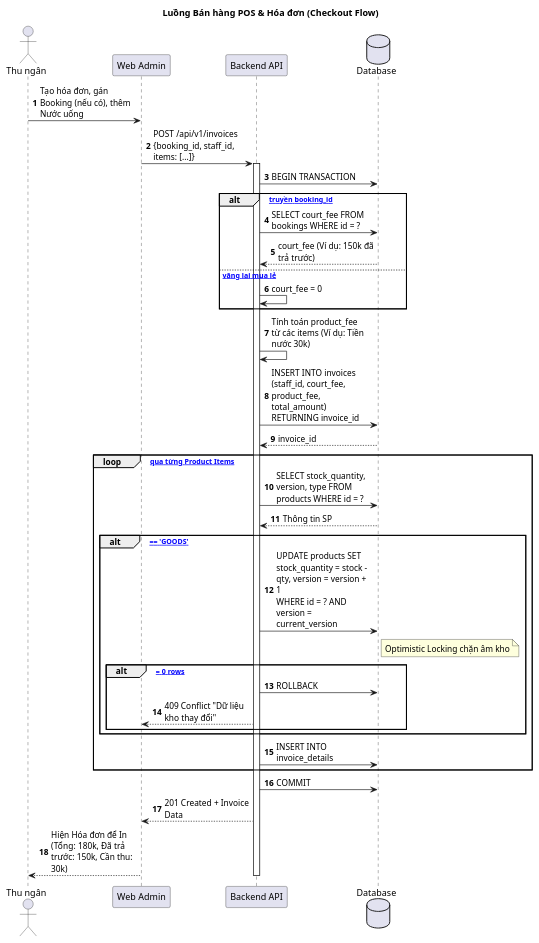
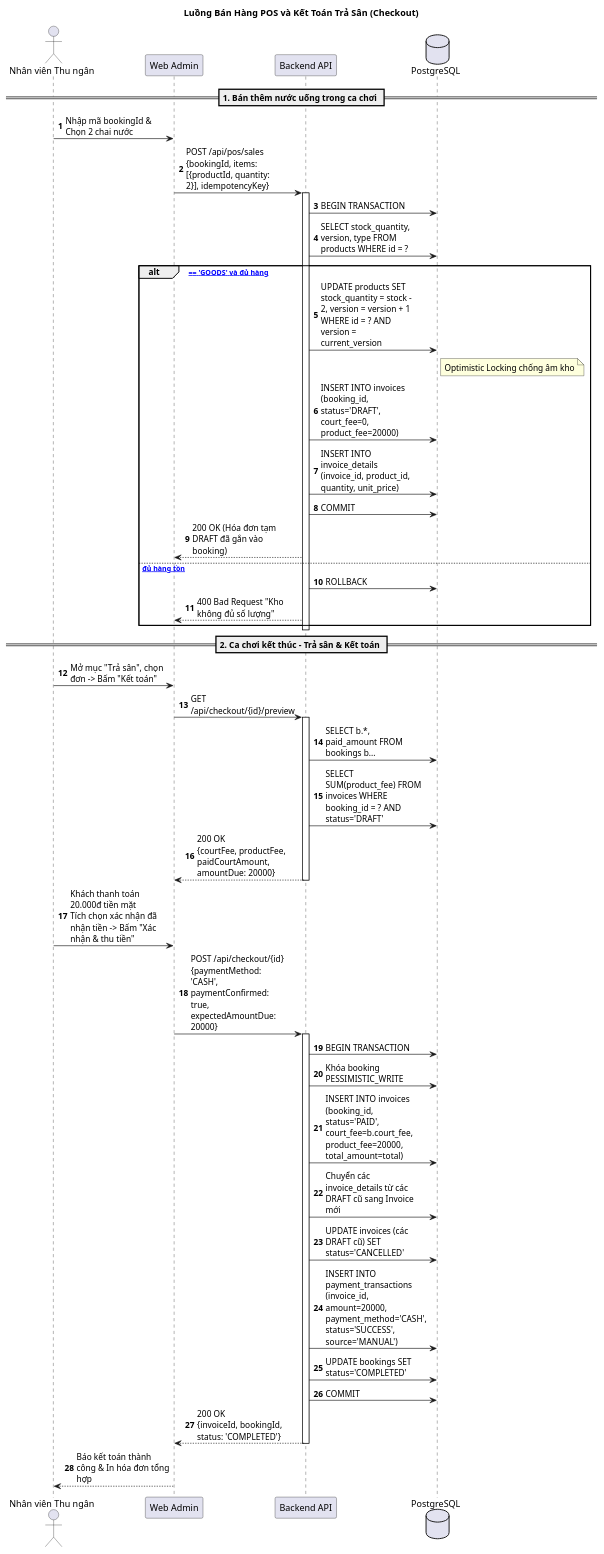
The fourth of 5 diagrams in docs/sequence.md (hung-it/Badminton_Court_Management), drawn with PlantUML before and after one commit. The commit also changed other lines of this file and 62 other files, not shown here.

````diff
--- a/docs/sequence.md
+++ b/docs/sequence.md
@@ -169,50 +178,57 @@
 ```plantuml
 @startuml
-title Luồng Bán hàng POS & Hóa đơn (Checkout Flow)
+title Luồng Bán Hàng POS và Kết Toán Trả Sân (Checkout)
 autonumber
 skinparam maxMessageSize 150
 
-actor "Thu ngân" as Admin
+actor "Nhân viên Thu ngân" as Staff
 participant "Web Admin" as UI
 participant "Backend API" as API
-database "Database" as DB
+database "PostgreSQL" as DB
 
-Admin -> UI : Tạo hóa đơn, gán Booking (nếu có), thêm Nước uống
-UI -> API : POST /api/v1/invoices\n{booking_id, staff_id, items: [...]}
+== 1. Bán thêm nước uống trong ca chơi ==
+Staff -> UI : Nhập mã bookingId & Chọn 2 chai nước
+UI -> API : POST /api/pos/sales\n{bookingId, items: [{productId, quantity: 2}], idempotencyKey}
+activate API
+API -> DB : BEGIN TRANSACTION
+API -> DB : SELECT stock_quantity, version, type FROM products WHERE id = ?
+alt [type == 'GOODS' và đủ hàng]
+    API -> DB : UPDATE products SET stock_quantity = stock - 2, version = version + 1 \nWHERE id = ? AND version = current_version
+    note right of DB: Optimistic Locking chống âm kho
+    API -> DB : INSERT INTO invoices (booking_id, status='DRAFT', court_fee=0, product_fee=20000)
+    API -> DB : INSERT INTO invoice_details (invoice_id, product_id, quantity, unit_price)
+    API -> DB : COMMIT
+    API --> UI : 200 OK (Hóa đơn tạm DRAFT đã gắn vào booking)
+else [Không đủ hàng tồn]
+    API -> DB : ROLLBACK
+    API --> UI : 400 Bad Request "Kho không đủ số lượng"
+end
+deactivate API
+
+== 2. Ca chơi kết thúc - Trả sân & Kết toán ==
+Staff -> UI : Mở mục "Trả sân", chọn đơn -> Bấm "Kết toán"
+UI -> API : GET /api/checkout/{id}/preview
+activate API
+API -> DB : SELECT b.*, paid_amount FROM bookings b...
+API -> DB : SELECT SUM(product_fee) FROM invoices WHERE booking_id = ? AND status='DRAFT'
+API --> UI : 200 OK\n{courtFee, productFee, paidCourtAmount, amountDue: 20000}
+deactivate API
+
+Staff -> UI : Khách thanh toán 20.000đ tiền mặt\nTích chọn xác nhận đã nhận tiền -> Bấm "Xác nhận & thu tiền"
+UI -> API : POST /api/checkout/{id}\n{paymentMethod: 'CASH', paymentConfirmed: true, expectedAmountDue: 20000}
 activate API
 
 API -> DB : BEGIN TRANSACTION
+API -> DB : Khóa booking PESSIMISTIC_WRITE
+API -> DB : INSERT INTO invoices (booking_id, status='PAID', court_fee=b.court_fee, product_fee=20000, total_amount=total)
+API -> DB : Chuyển các invoice_details từ các DRAFT cũ sang Invoice mới
+API -> DB : UPDATE invoices (các DRAFT cũ) SET status='CANCELLED'
+API -> DB : INSERT INTO payment_transactions (invoice_id, amount=20000, payment_method='CASH', status='SUCCESS', source='MANUAL')
+API -> DB : UPDATE bookings SET status='COMPLETED'
+API -> DB : COMMIT
 
-alt [Có truyền booking_id]
-    API -> DB : SELECT court_fee FROM bookings WHERE id = ?
-    DB --> API : court_fee (Ví dụ: 150k đã trả trước)
-else [Khách vãng lai mua lẻ]
-    API -> API : court_fee = 0
-end
-
-API -> API : Tính toán product_fee từ các items (Ví dụ: Tiền nước 30k)
-
-API -> DB : INSERT INTO invoices (staff_id, court_fee, product_fee, total_amount)\nRETURNING invoice_id
-DB --> API : invoice_id
-
-loop [Duyệt qua từng Product Items]
-    API -> DB : SELECT stock_quantity, version, type FROM products WHERE id = ?
-    DB --> API : Thông tin SP
-    
-    alt [type == 'GOODS']
-        API -> DB : UPDATE products SET stock_quantity = stock - qty, version = version + 1 \nWHERE id = ? AND version = current_version
-        note right of DB: Optimistic Locking chặn âm kho
-        alt [Update = 0 rows]
-            API -> DB : ROLLBACK
-            API --> UI : 409 Conflict "Dữ liệu kho thay đổi"
-        end
-    end
-    API -> DB : INSERT INTO invoice_details
-end
-
-API -> DB : COMMIT
-API --> UI : 201 Created + Invoice Data
-UI --> Admin : Hiện Hóa đơn để In (Tổng: 180k, Đã trả trước: 150k, Cần thu: 30k)
+API --> UI : 200 OK\n{invoiceId, bookingId, status: 'COMPLETED'}
 deactivate API
+UI --> Staff : Báo kết toán thành công & In hóa đơn tổng hợp
 @enduml
 ```
````
